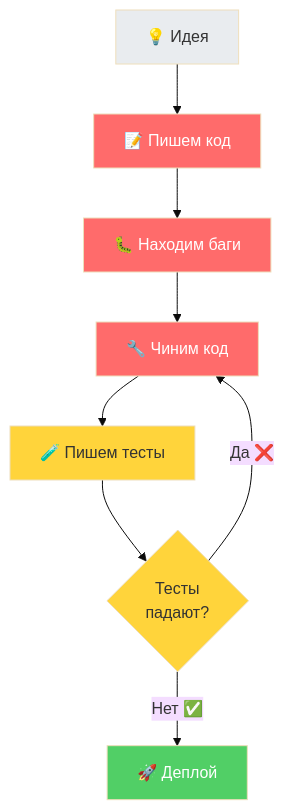
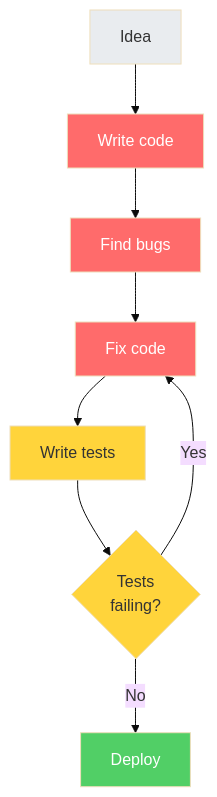
The first of 13 diagrams in materials/workshop3.md (ad3002/masters-course-2025-vibe-coding), drawn with Mermaid (base theme) before and after one commit. The commit also changed other lines of this file, not shown here.

````diff
--- a/materials/workshop3.md
+++ b/materials/workshop3.md
@@ -34,18 +34,18 @@
 ```mermaid
 graph TD
-    T1[💡 Идея] --> T2[📝 Пишем код]
-    T2 --> T3[🐛 Находим баги]
-    T3 --> T4[🔧 Чиним код]
-    T4 --> T5[🧪 Пишем тесты]
-    T5 --> T6{Тесты<br/>падают?}
-    T6 -->|Да ❌| T4
-    T6 -->|Нет ✅| T7[🚀 Деплой]
+    T1[Idea] --> T2[Write code]
+    T2 --> T3[Find bugs]
+    T3 --> T4[Fix code]
+    T4 --> T5[Write tests]
+    T5 --> T6{Tests<br/>failing?}
+    T6 -->|Yes| T4
+    T6 -->|No| T7[Deploy]
 
     style T1 fill:#e9ecef
     style T2 fill:#ff6b6b,color:#fff
     style T3 fill:#ff6b6b,color:#fff
     style T4 fill:#ff6b6b,color:#fff
     style T5 fill:#ffd43b
     style T6 fill:#ffd43b
     style T7 fill:#51cf66,color:#fff
 ```
````
